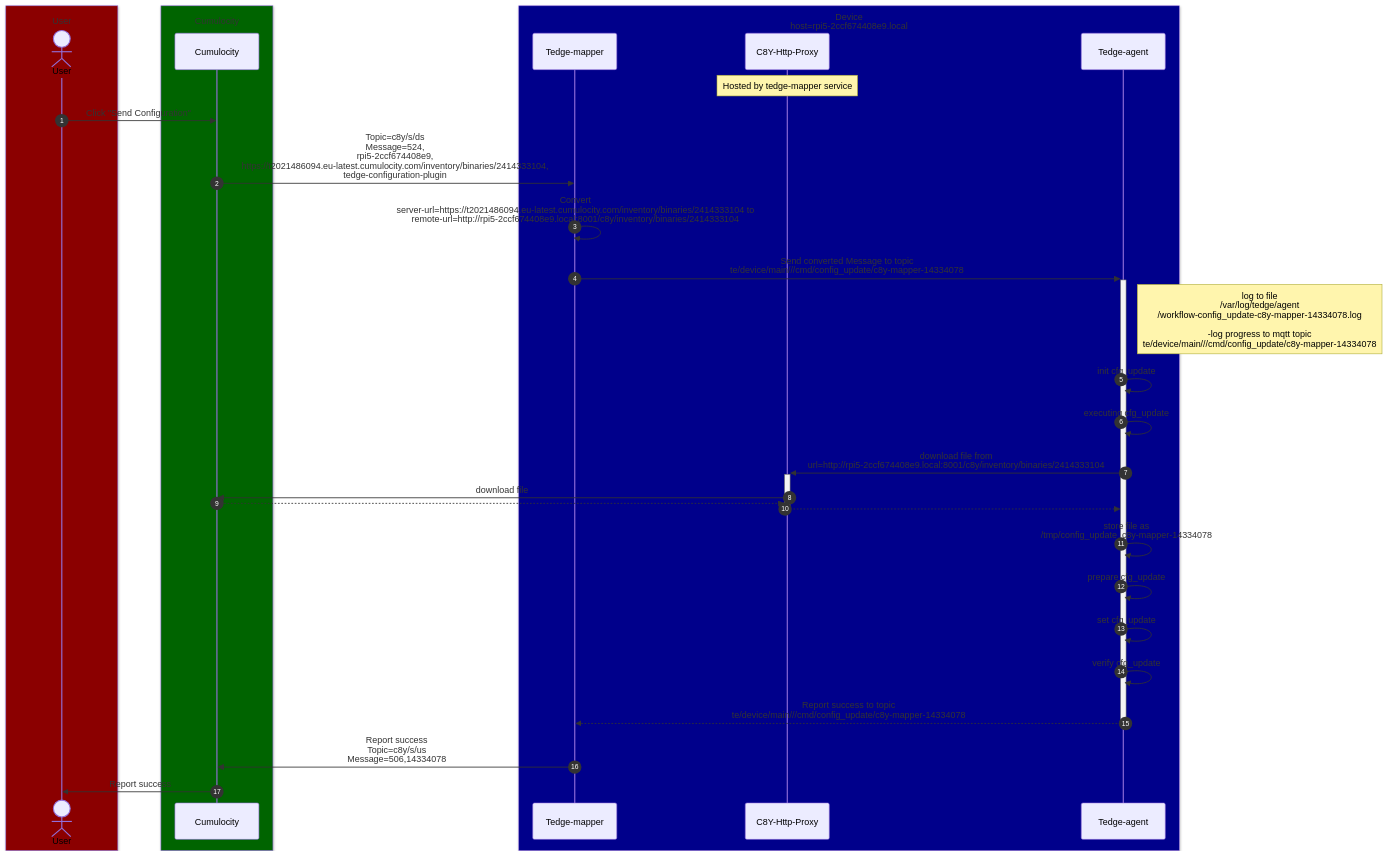
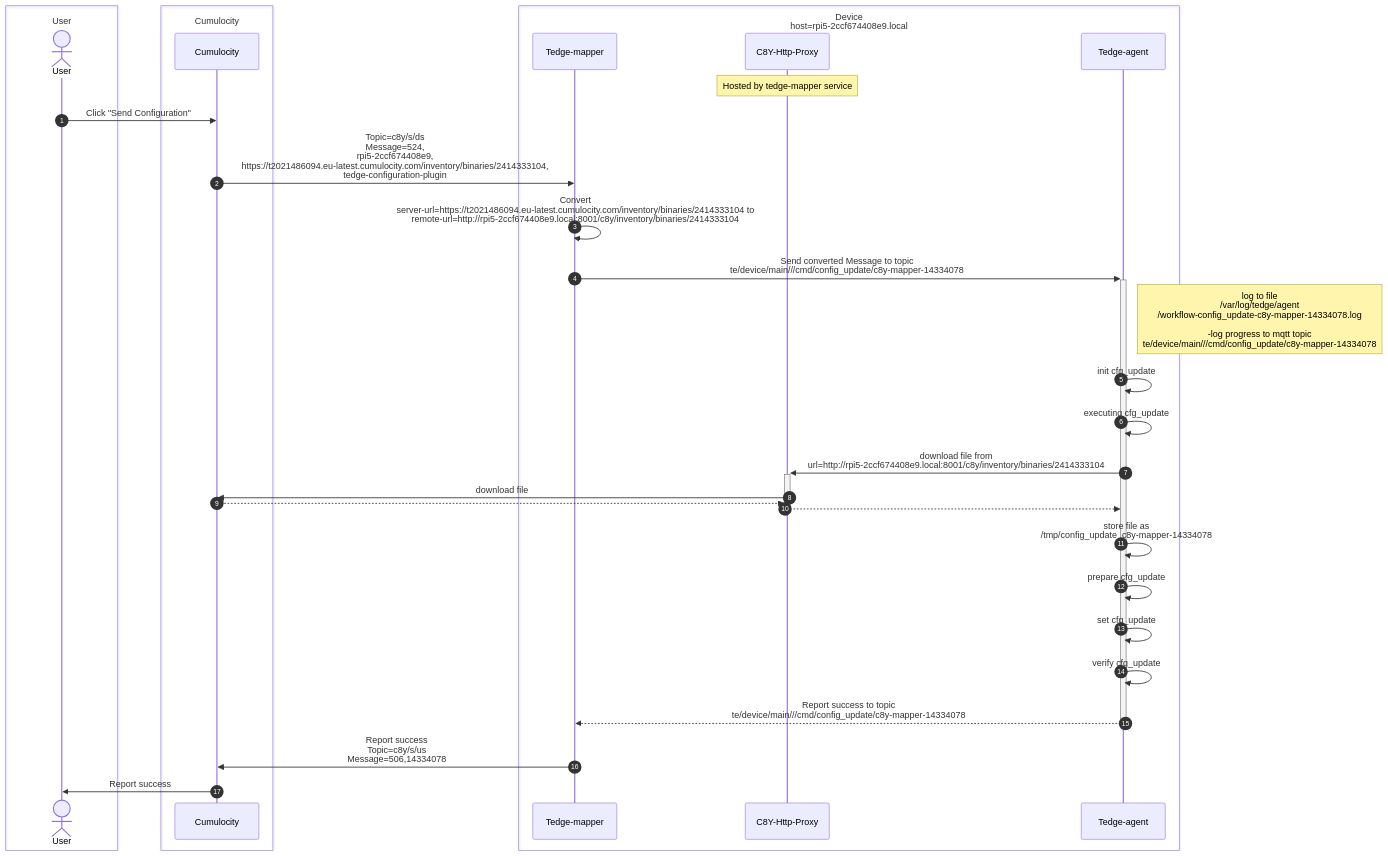
The first of 2 diagrams in diagrams/configuration-updates.md (k-butz/c8y-tedge-util), drawn with Mermaid before and after one commit. The commit also changed other lines of this file and 2 other files, not shown here.

````diff
--- a/diagrams/configuration-updates.md
+++ b/diagrams/configuration-updates.md
@@ -12,37 +12,37 @@
 ```mermaid
 sequenceDiagram
 autonumber
-box darkred User
+box User
 actor User
 end
-box darkgreen Cumulocity
+box Cumulocity
 participant Cumulocity
 end
-box darkblue Device <br>host=rpi5-2ccf674408e9.local
+box Device <br>host=rpi5-2ccf674408e9.local
 participant Tedge-mapper
 participant Http-proxy as C8Y-Http-Proxy
 participant Tedge-agent
 end
 Note over Http-proxy: Hosted by tedge-mapper service
 
 User->>Cumulocity: Click "Send Configuration"
 Cumulocity->>Tedge-mapper: Topic=c8y/s/ds<br>Message=524,<br>rpi5-2ccf674408e9,<br>https://t2021486094.eu-latest.cumulocity.com/inventory/binaries/2414333104,<br>tedge-configuration-plugin
 Tedge-mapper->>Tedge-mapper: Convert <br>server-url=https://t2021486094.eu-latest.cumulocity.com/inventory/binaries/2414333104 to<br>remote-url=http://rpi5-2ccf674408e9.local:8001/c8y/inventory/binaries/2414333104
 Tedge-mapper->>+Tedge-agent: Send converted Message to topic<br>te/device/main///cmd/config_update/c8y-mapper-14334078
 Note right of Tedge-agent: log to file <br>/var/log/tedge/agent<br>/workflow-config_update-c8y-mapper-14334078.log<br><br>-log progress to mqtt topic<br>te/device/main///cmd/config_update/c8y-mapper-14334078
 Tedge-agent->>Tedge-agent: init cfg_update
 Tedge-agent->>Tedge-agent: executing cfg_update
 
 Tedge-agent->>+Http-proxy: download file from<br>url=http://rpi5-2ccf674408e9.local:8001/c8y/inventory/binaries/2414333104
 Http-proxy->>Cumulocity: download file
 Cumulocity-->>Http-proxy: 
 Http-proxy-->>-Tedge-agent: 
 
 Tedge-agent->>Tedge-agent: store file as<br>/tmp/config_update_c8y-mapper-14334078
 Tedge-agent->>Tedge-agent: prepare cfg_update
 Tedge-agent->>Tedge-agent: set cfg_update
 Tedge-agent->>Tedge-agent: verify cfg_update
 Tedge-agent-->>-Tedge-mapper: Report success to topic<br>te/device/main///cmd/config_update/c8y-mapper-14334078
 Tedge-mapper->>Cumulocity: Report success<br>Topic=c8y/s/us<br>Message=506,14334078
 Cumulocity->>User: Report success
 ```
````
